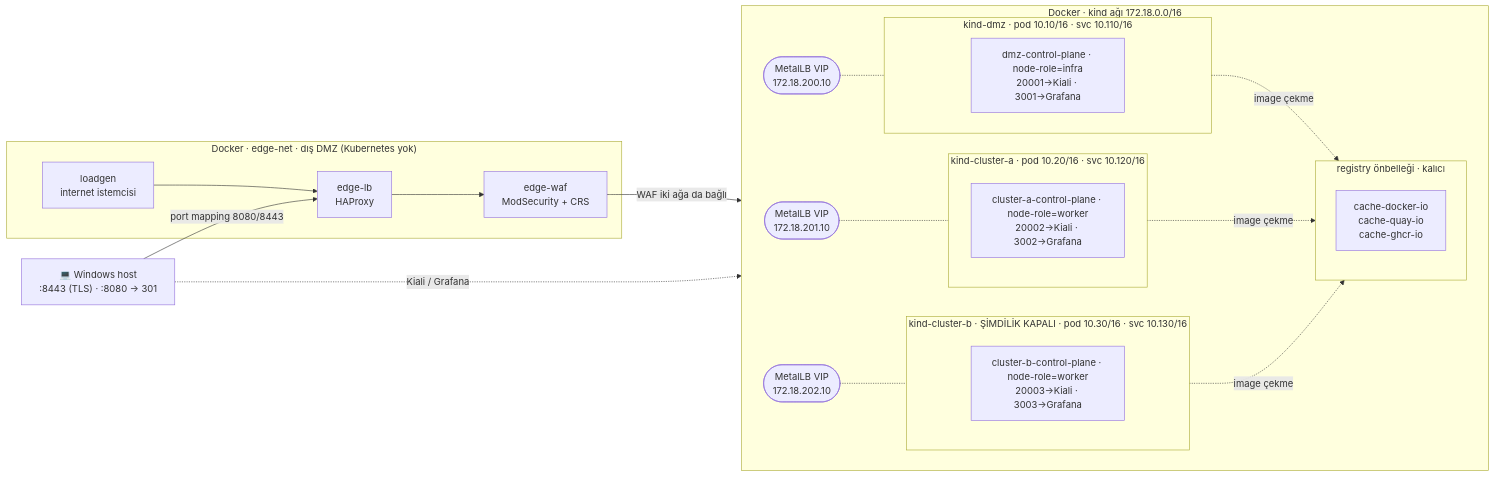
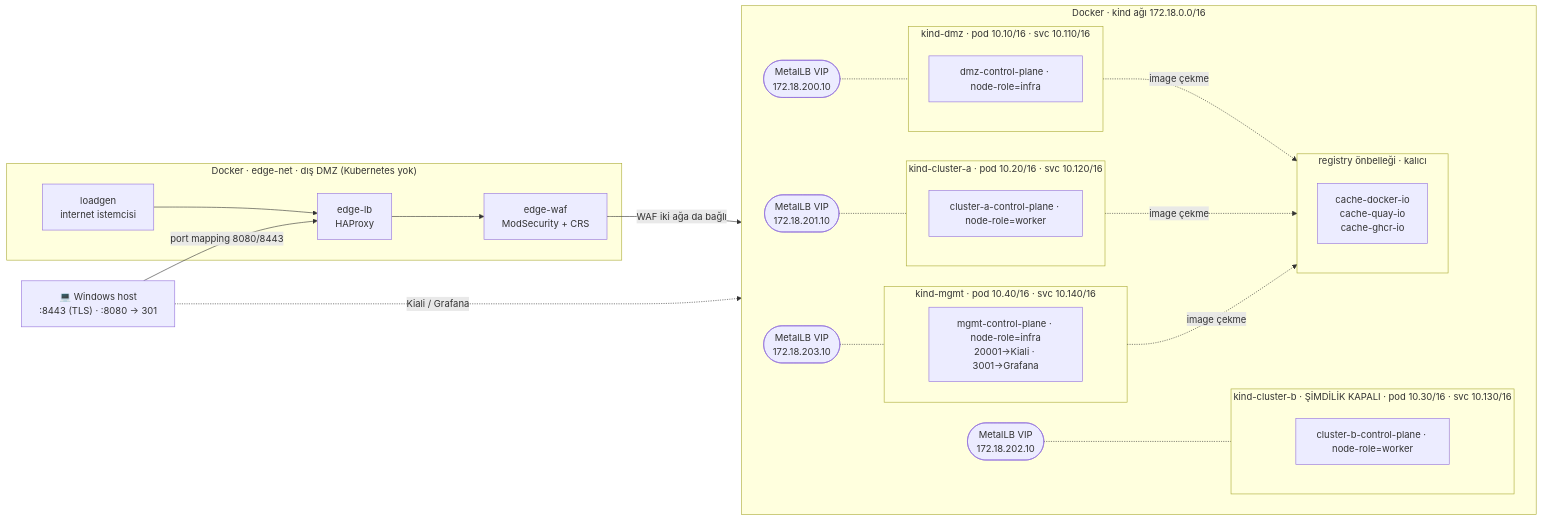
The first of 10 diagrams in README.md (olgunyldz/service-mesh-lab), drawn with Mermaid before and after one commit. The commit also changed other lines of this file and 16 other files, not shown here.

````diff
--- a/README.md
+++ b/README.md
@@ -69,39 +69,44 @@
 ```mermaid
 flowchart LR
     host["💻 Windows host<br/>:8443 (TLS) · :8080 → 301"]
 
     subgraph edgenet["Docker · edge-net · dış DMZ (Kubernetes yok)"]
         elb["edge-lb<br/>HAProxy"]
         lg["loadgen<br/>internet istemcisi"]
         ewaf["edge-waf<br/>ModSecurity + CRS"]
     end
 
     subgraph docker["Docker · kind ağı 172.18.0.0/16"]
         direction LR
         subgraph dmz["kind-dmz · pod 10.10/16 · svc 10.110/16"]
-            dmzcp["dmz-control-plane · node-role=infra<br/>20001→Kiali · 3001→Grafana"]
+            dmzcp["dmz-control-plane · node-role=infra"]
         end
         subgraph ca["kind-cluster-a · pod 10.20/16 · svc 10.120/16"]
-            cacp["cluster-a-control-plane · node-role=worker<br/>20002→Kiali · 3002→Grafana"]
+            cacp["cluster-a-control-plane · node-role=worker"]
         end
         subgraph cb["kind-cluster-b · ŞİMDİLİK KAPALI · pod 10.30/16 · svc 10.130/16"]
-            cbcp["cluster-b-control-plane · node-role=worker<br/>20003→Kiali · 3003→Grafana"]
+            cbcp["cluster-b-control-plane · node-role=worker"]
+        end
+        subgraph mg["kind-mgmt · pod 10.40/16 · svc 10.140/16"]
+            mgcp["mgmt-control-plane · node-role=infra<br/>20001→Kiali · 3001→Grafana"]
         end
         subgraph caches["registry önbelleği · kalıcı"]
             rc["cache-docker-io<br/>cache-quay-io<br/>cache-ghcr-io"]
         end
         lbd(["MetalLB VIP<br/>172.18.200.10"])
         lba(["MetalLB VIP<br/>172.18.201.10"])
         lbb(["MetalLB VIP<br/>172.18.202.10"])
+        lbm(["MetalLB VIP<br/>172.18.203.10"])
     end
 
     host -->|"port mapping 8080/8443"| elb
     lg --> elb
     elb --> ewaf
     ewaf -->|"WAF iki ağa da bağlı"| lbd
-    host -.->|"Kiali / Grafana"| dmzcp
+    host -.->|"Kiali / Grafana"| mgcp
     lbd -.- dmz
     lba -.- ca
     lbb -.- cb
-    dmz & ca & cb -.->|"image çekme"| caches
+    lbm -.- mg
+    dmz & ca & mg -.->|"image çekme"| caches
 ```
````
